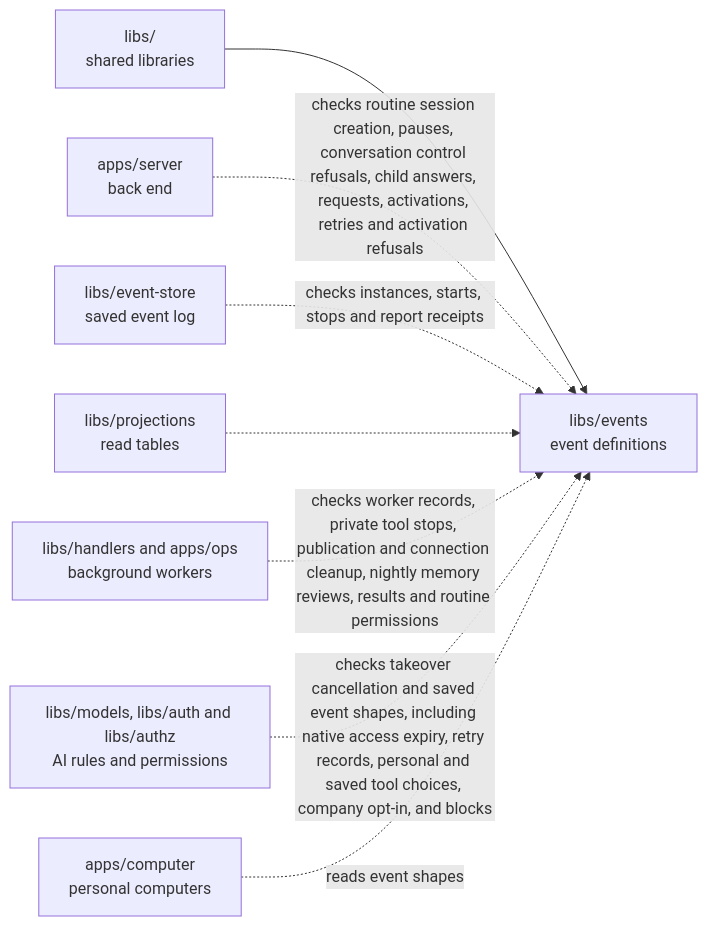
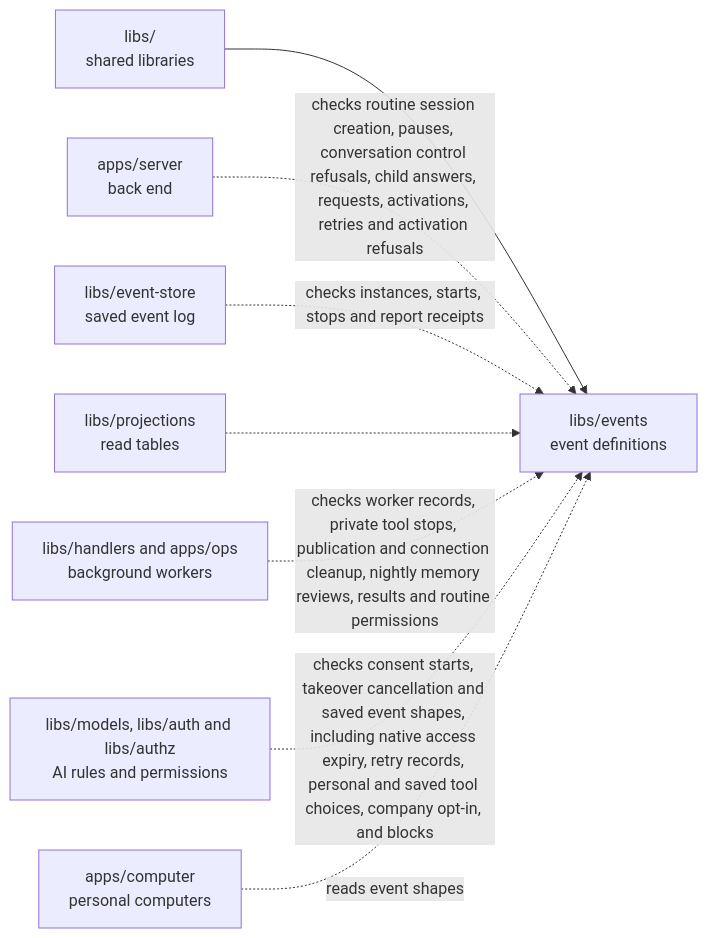
One commit to elewa-git/opencrane-new changed the diagram in libs/events/README.md. Above: the diagram before and after it, drawn with Mermaid. The commit also changed other lines of this file and 12 other files, not shown here.

Commit message:
🔑 Record personal consent before returning its approved link

````diff
--- a/libs/events/README.md
+++ b/libs/events/README.md
@@ -24,10 +24,10 @@
 ```mermaid
 flowchart LR
   parent["libs/<br/>shared libraries"] --> events["libs/events<br/>event definitions"]
   server["apps/server<br/>back end"] -.->|checks routine session creation, pauses, conversation control refusals, child answers, requests, activations, retries and activation refusals| events
   store["libs/event-store<br/>saved event log"] -.->|checks instances, starts, stops and report receipts| events
   projections["libs/projections<br/>read tables"] -.-> events
   workers["libs/handlers and apps/ops<br/>background workers"] -.->|checks worker records, private tool stops, publication and connection cleanup, nightly memory reviews, results and routine permissions| events
-  models["libs/models, libs/auth and libs/authz<br/>AI rules and permissions"] -.->|checks takeover cancellation and saved event shapes, including native access expiry, retry records, personal and saved tool choices, company opt-in, and blocks| events
+  models["libs/models, libs/auth and libs/authz<br/>AI rules and permissions"] -.->|checks consent starts, takeover cancellation and saved event shapes, including native access expiry, retry records, personal and saved tool choices, company opt-in, and blocks| events
   computer["apps/computer<br/>personal computers"] -.->|reads event shapes| events
 ```
````
